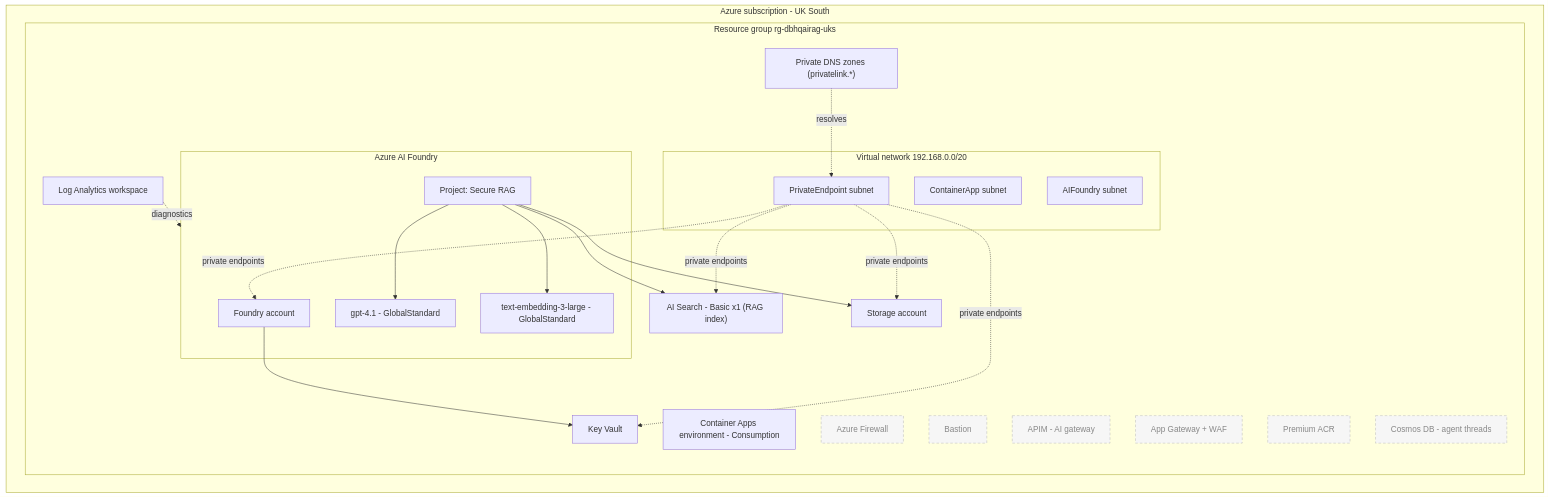
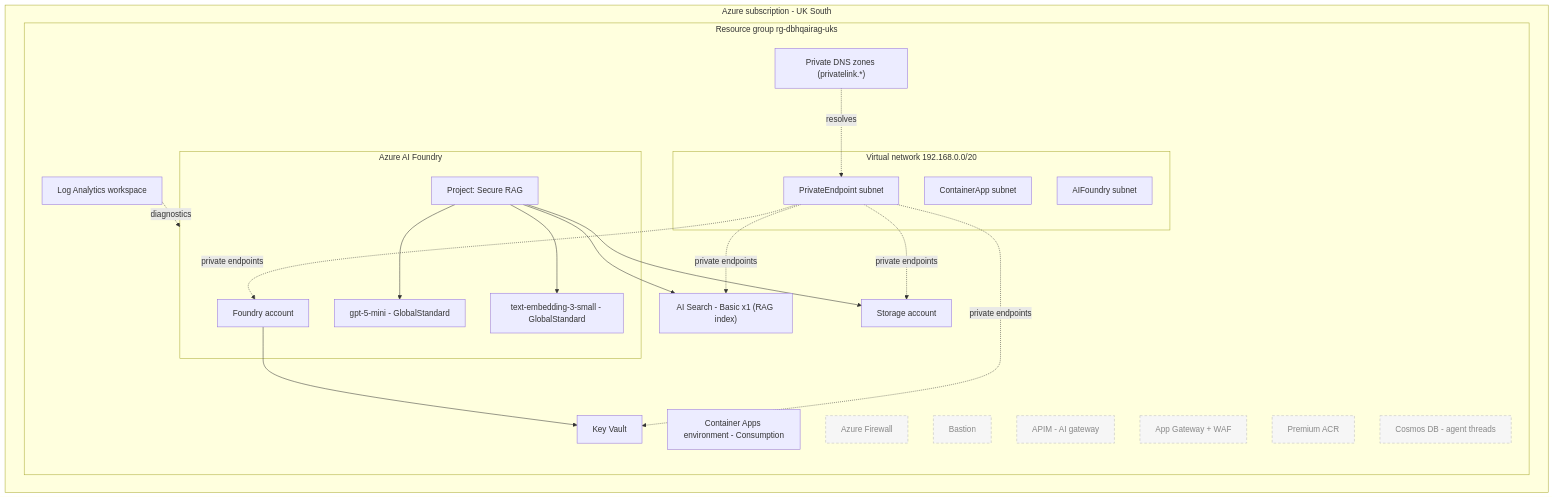
One commit to dbhq-uk/ai-landing-zone-starter changed the diagram in README.md. Above: the diagram before and after it, drawn with Mermaid. The commit also changed other lines of this file and 1 other file, not shown here.

Commit message:
fix: use GlobalStandard models the subscription has quota for

````diff
--- a/README.md
+++ b/README.md
@@ -23,47 +23,47 @@
 ```mermaid
 graph TD
   subgraph SUB["Azure subscription - UK South"]
     subgraph RG["Resource group rg-dbhqairag-uks"]
       subgraph VNET["Virtual network 192.168.0.0/20"]
         PE["PrivateEndpoint subnet"]
         CAE_SN["ContainerApp subnet"]
         AF_SN["AIFoundry subnet"]
       end
 
       subgraph FOUNDRY["Azure AI Foundry"]
         ACCT["Foundry account"]
         PROJ["Project: Secure RAG"]
-        GPT["gpt-4.1 - GlobalStandard"]
-        EMB["text-embedding-3-large - GlobalStandard"]
+        GPT["gpt-5-mini - GlobalStandard"]
+        EMB["text-embedding-3-small - GlobalStandard"]
       end
 
       SEARCH["AI Search - Basic x1 (RAG index)"]
       KV["Key Vault"]
       STG["Storage account"]
       CAE["Container Apps environment - Consumption"]
       LAW["Log Analytics workspace"]
       DNS["Private DNS zones (privatelink.*)"]
 
       FW["Azure Firewall"]:::off
       BAS["Bastion"]:::off
       APIM["APIM - AI gateway"]:::off
       AGW["App Gateway + WAF"]:::off
       ACR["Premium ACR"]:::off
       COSMOS["Cosmos DB - agent threads"]:::off
     end
   end
 
   PROJ --> GPT
   PROJ --> EMB
   PROJ --> SEARCH
   PROJ --> STG
   ACCT --> KV
   PE -. private endpoints .-> ACCT
   PE -. private endpoints .-> SEARCH
   PE -. private endpoints .-> KV
   PE -. private endpoints .-> STG
   DNS -. resolves .-> PE
   LAW -. diagnostics .-> FOUNDRY
 
   classDef off fill:#f6f6f6,stroke:#bbb,stroke-dasharray:5 4,color:#888;
 ```
````
